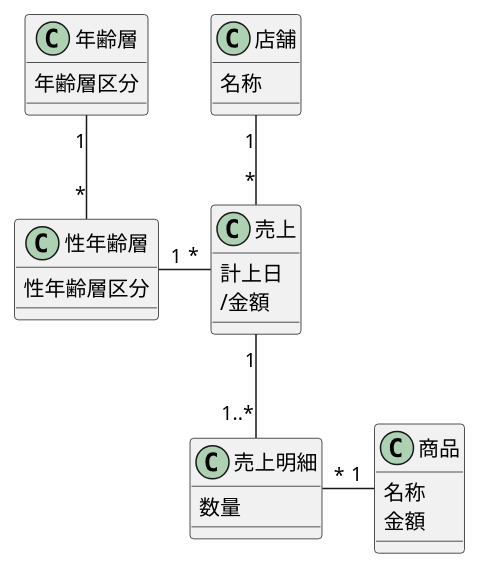
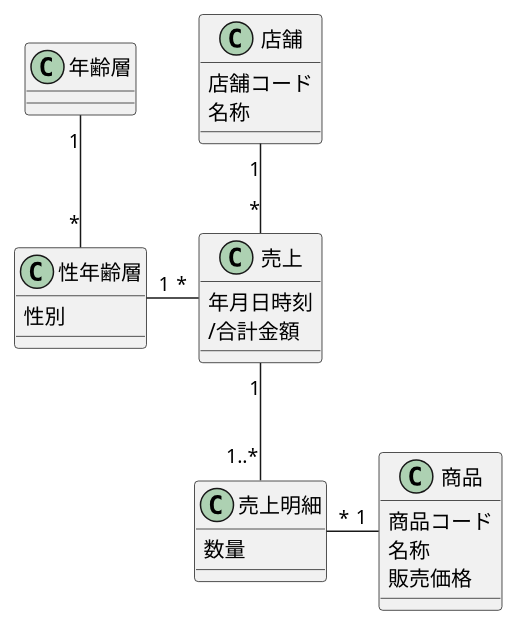
The diagram in ch06/excercise/6-4.puml (yinm/uml-modeling-lesson), drawn with PlantUML before and after one commit. The commit also changed 3 other files, not shown here.

```diff
--- a/ch06/excercise/6-4.puml
+++ b/ch06/excercise/6-4.puml
@@ -1,35 +1,35 @@
 @startuml
 
-class 年齢層 {
-  年齢層区分
-}
+class 年齢層
 
 class 性年齢層 {
-  性年齢層区分
+  性別
 }
 
 class 店舗 {
+  店舗コード
   名称
 }
 
 class 売上 {
-  計上日
-  /金額
+  年月日時刻
+  /合計金額
 }
 
 class 売上明細 {
   数量
 }
 
 class 商品 {
+  商品コード
   名称
-  金額
+  販売価格
 }
 
 年齢層 "1"--"*" 性年齢層
 性年齢層 "1"-r-"*" 売上
 店舗 "1"--"*" 売上
 売上 "1"--"1..*" 売上明細
 売上明細 "*"-r-"1" 商品
 
 @enduml
```
